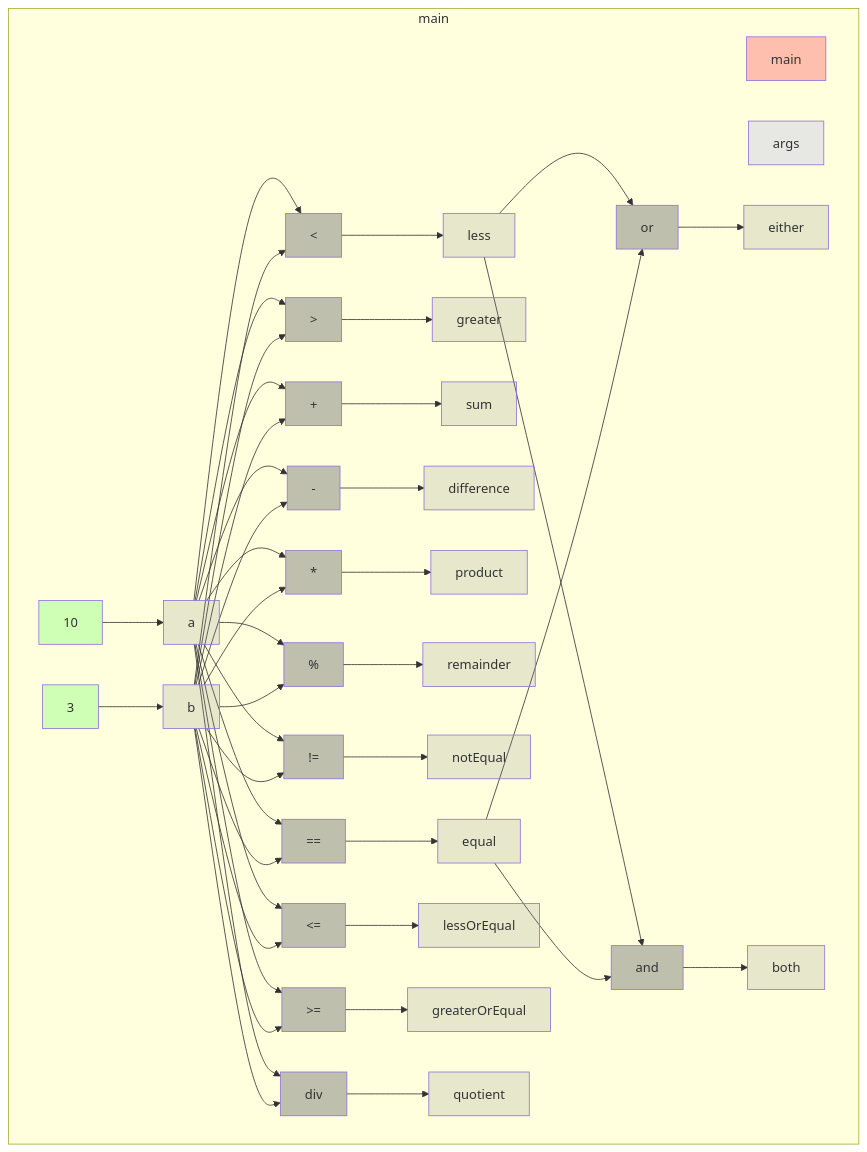
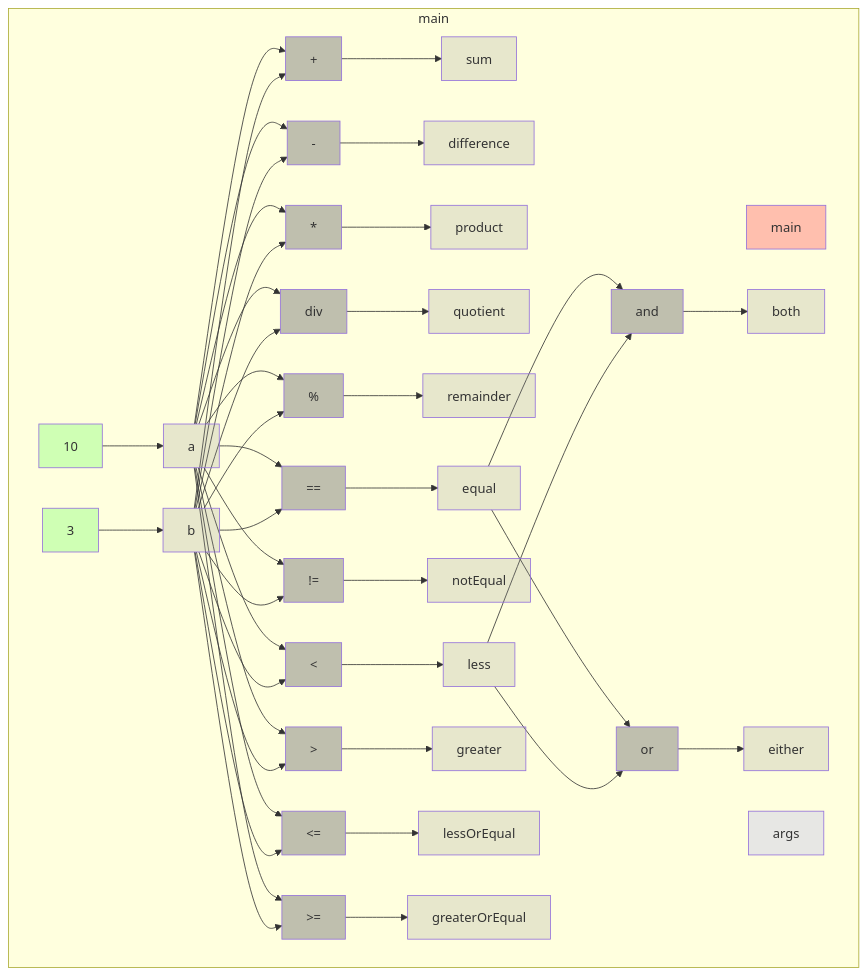
The diagram in app/src/test/resources/operators/truth.md (gstiebler/codeflow), drawn with Mermaid before and after one commit. The commit also changed 22 other files, not shown here.

````diff
--- a/app/src/test/resources/operators/truth.md
+++ b/app/src/test/resources/operators/truth.md
@@ -1,79 +1,79 @@
 ```mermaid
 flowchart TD
-  subgraph 4309014["main"]
-    -32731031541[lessOrEqual]:::VARIABLE
-    -22918758106[either]:::VARIABLE
-    -15713306450[quotient]:::VARIABLE
-    -6031623405[product]:::VARIABLE
-    -770680793[a]:::VARIABLE
-    -770652813[b]:::VARIABLE
-    -770651863[10]:::LITERAL
-    -770649021[3]:::LITERAL
-    -770620327[+]:::BIN_OP
-    -770588522[-]:::BIN_OP
-    -770537578[*]:::BIN_OP
-    -770475078[%]:::BIN_OP
-    -770410772[==]:::BIN_OP
-    -770392149[!=]:::BIN_OP
-    -769732762[<]:::BIN_OP
-    -769700211[>]:::BIN_OP
-    -769635059[<=]:::BIN_OP
-    -769579203[>=]:::BIN_OP
-    -769486196[or]:::BIN_OP
-    -768816342[div]:::BIN_OP
-    -768683570[sum]:::VARIABLE
-    -767936777[and]:::BIN_OP
-    -718099776[both]:::VARIABLE
-    -713351011[less]:::VARIABLE
-    56853577[main]:::RETURN
-    719171793[args]:::FUNC_PARAM
-    874408300[equal]:::VARIABLE
-    4051503566[greater]:::VARIABLE
-    5636770002[greaterOrEqual]:::VARIABLE
-    14016663398[remainder]:::VARIABLE
-    25621328924[notEqual]:::VARIABLE
-    28611554366[difference]:::VARIABLE
-    -770680793[a]:::VARIABLE --> -770620327[+]:::BIN_OP
-    -770680793[a]:::VARIABLE --> -770588522[-]:::BIN_OP
-    -770680793[a]:::VARIABLE --> -770537578[*]:::BIN_OP
-    -770680793[a]:::VARIABLE --> -768816342[div]:::BIN_OP
-    -770680793[a]:::VARIABLE --> -770475078[%]:::BIN_OP
-    -770680793[a]:::VARIABLE --> -770410772[==]:::BIN_OP
-    -770680793[a]:::VARIABLE --> -770392149[!=]:::BIN_OP
-    -770680793[a]:::VARIABLE --> -769732762[<]:::BIN_OP
-    -770680793[a]:::VARIABLE --> -769700211[>]:::BIN_OP
-    -770680793[a]:::VARIABLE --> -769635059[<=]:::BIN_OP
-    -770680793[a]:::VARIABLE --> -769579203[>=]:::BIN_OP
-    -770652813[b]:::VARIABLE --> -770620327[+]:::BIN_OP
-    -770652813[b]:::VARIABLE --> -770588522[-]:::BIN_OP
-    -770652813[b]:::VARIABLE --> -770537578[*]:::BIN_OP
-    -770652813[b]:::VARIABLE --> -768816342[div]:::BIN_OP
-    -770652813[b]:::VARIABLE --> -770475078[%]:::BIN_OP
-    -770652813[b]:::VARIABLE --> -770410772[==]:::BIN_OP
-    -770652813[b]:::VARIABLE --> -770392149[!=]:::BIN_OP
-    -770652813[b]:::VARIABLE --> -769732762[<]:::BIN_OP
-    -770652813[b]:::VARIABLE --> -769700211[>]:::BIN_OP
-    -770652813[b]:::VARIABLE --> -769635059[<=]:::BIN_OP
-    -770652813[b]:::VARIABLE --> -769579203[>=]:::BIN_OP
-    -770651863[10]:::LITERAL --> -770680793[a]:::VARIABLE
-    -770649021[3]:::LITERAL --> -770652813[b]:::VARIABLE
-    -770620327[+]:::BIN_OP --> -768683570[sum]:::VARIABLE
-    -770588522[-]:::BIN_OP --> 28611554366[difference]:::VARIABLE
-    -770537578[*]:::BIN_OP --> -6031623405[product]:::VARIABLE
-    -770475078[%]:::BIN_OP --> 14016663398[remainder]:::VARIABLE
-    -770410772[==]:::BIN_OP --> 874408300[equal]:::VARIABLE
-    -770392149[!=]:::BIN_OP --> 25621328924[notEqual]:::VARIABLE
-    -769732762[<]:::BIN_OP --> -713351011[less]:::VARIABLE
-    -769700211[>]:::BIN_OP --> 4051503566[greater]:::VARIABLE
-    -769635059[<=]:::BIN_OP --> -32731031541[lessOrEqual]:::VARIABLE
-    -769579203[>=]:::BIN_OP --> 5636770002[greaterOrEqual]:::VARIABLE
-    -769486196[or]:::BIN_OP --> -22918758106[either]:::VARIABLE
-    -768816342[div]:::BIN_OP --> -15713306450[quotient]:::VARIABLE
-    -767936777[and]:::BIN_OP --> -718099776[both]:::VARIABLE
-    -713351011[less]:::VARIABLE --> -767936777[and]:::BIN_OP
-    -713351011[less]:::VARIABLE --> -769486196[or]:::BIN_OP
-    874408300[equal]:::VARIABLE --> -767936777[and]:::BIN_OP
-    874408300[equal]:::VARIABLE --> -769486196[or]:::BIN_OP
+  subgraph b0["main"]
+    n1[main]:::RETURN
+    n2[args]:::FUNC_PARAM
+    n3[a]:::VARIABLE
+    n4[10]:::LITERAL
+    n5[b]:::VARIABLE
+    n6[3]:::LITERAL
+    n7[sum]:::VARIABLE
+    n8[+]:::BIN_OP
+    n9[difference]:::VARIABLE
+    n10[-]:::BIN_OP
+    n11[product]:::VARIABLE
+    n12[*]:::BIN_OP
+    n13[quotient]:::VARIABLE
+    n14[div]:::BIN_OP
+    n15[remainder]:::VARIABLE
+    n16[%]:::BIN_OP
+    n17[equal]:::VARIABLE
+    n18[==]:::BIN_OP
+    n19[notEqual]:::VARIABLE
+    n20[!=]:::BIN_OP
+    n21[less]:::VARIABLE
+    n22[<]:::BIN_OP
+    n23[greater]:::VARIABLE
+    n24[>]:::BIN_OP
+    n25[lessOrEqual]:::VARIABLE
+    n26[<=]:::BIN_OP
+    n27[greaterOrEqual]:::VARIABLE
+    n28[>=]:::BIN_OP
+    n29[both]:::VARIABLE
+    n30[and]:::BIN_OP
+    n31[either]:::VARIABLE
+    n32[or]:::BIN_OP
+    n3[a]:::VARIABLE --> n8[+]:::BIN_OP
+    n3[a]:::VARIABLE --> n10[-]:::BIN_OP
+    n3[a]:::VARIABLE --> n12[*]:::BIN_OP
+    n3[a]:::VARIABLE --> n14[div]:::BIN_OP
+    n3[a]:::VARIABLE --> n16[%]:::BIN_OP
+    n3[a]:::VARIABLE --> n18[==]:::BIN_OP
+    n3[a]:::VARIABLE --> n20[!=]:::BIN_OP
+    n3[a]:::VARIABLE --> n22[<]:::BIN_OP
+    n3[a]:::VARIABLE --> n24[>]:::BIN_OP
+    n3[a]:::VARIABLE --> n26[<=]:::BIN_OP
+    n3[a]:::VARIABLE --> n28[>=]:::BIN_OP
+    n4[10]:::LITERAL --> n3[a]:::VARIABLE
+    n5[b]:::VARIABLE --> n8[+]:::BIN_OP
+    n5[b]:::VARIABLE --> n10[-]:::BIN_OP
+    n5[b]:::VARIABLE --> n12[*]:::BIN_OP
+    n5[b]:::VARIABLE --> n14[div]:::BIN_OP
+    n5[b]:::VARIABLE --> n16[%]:::BIN_OP
+    n5[b]:::VARIABLE --> n18[==]:::BIN_OP
+    n5[b]:::VARIABLE --> n20[!=]:::BIN_OP
+    n5[b]:::VARIABLE --> n22[<]:::BIN_OP
+    n5[b]:::VARIABLE --> n24[>]:::BIN_OP
+    n5[b]:::VARIABLE --> n26[<=]:::BIN_OP
+    n5[b]:::VARIABLE --> n28[>=]:::BIN_OP
+    n6[3]:::LITERAL --> n5[b]:::VARIABLE
+    n8[+]:::BIN_OP --> n7[sum]:::VARIABLE
+    n10[-]:::BIN_OP --> n9[difference]:::VARIABLE
+    n12[*]:::BIN_OP --> n11[product]:::VARIABLE
+    n14[div]:::BIN_OP --> n13[quotient]:::VARIABLE
+    n16[%]:::BIN_OP --> n15[remainder]:::VARIABLE
+    n17[equal]:::VARIABLE --> n30[and]:::BIN_OP
+    n17[equal]:::VARIABLE --> n32[or]:::BIN_OP
+    n18[==]:::BIN_OP --> n17[equal]:::VARIABLE
+    n20[!=]:::BIN_OP --> n19[notEqual]:::VARIABLE
+    n21[less]:::VARIABLE --> n30[and]:::BIN_OP
+    n21[less]:::VARIABLE --> n32[or]:::BIN_OP
+    n22[<]:::BIN_OP --> n21[less]:::VARIABLE
+    n24[>]:::BIN_OP --> n23[greater]:::VARIABLE
+    n26[<=]:::BIN_OP --> n25[lessOrEqual]:::VARIABLE
+    n28[>=]:::BIN_OP --> n27[greaterOrEqual]:::VARIABLE
+    n30[and]:::BIN_OP --> n29[both]:::VARIABLE
+    n32[or]:::BIN_OP --> n31[either]:::VARIABLE
   end
   classDef LITERAL fill:#00FF0030
   classDef VARIABLE fill:#80808030
````
